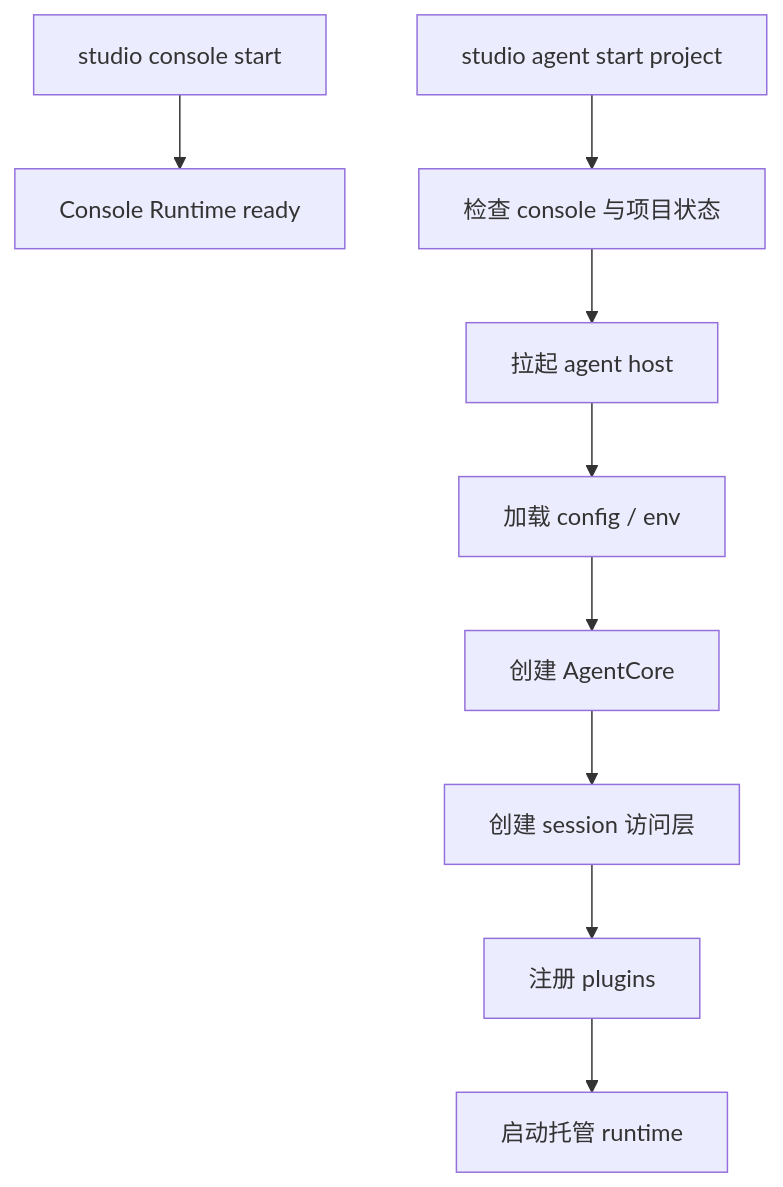
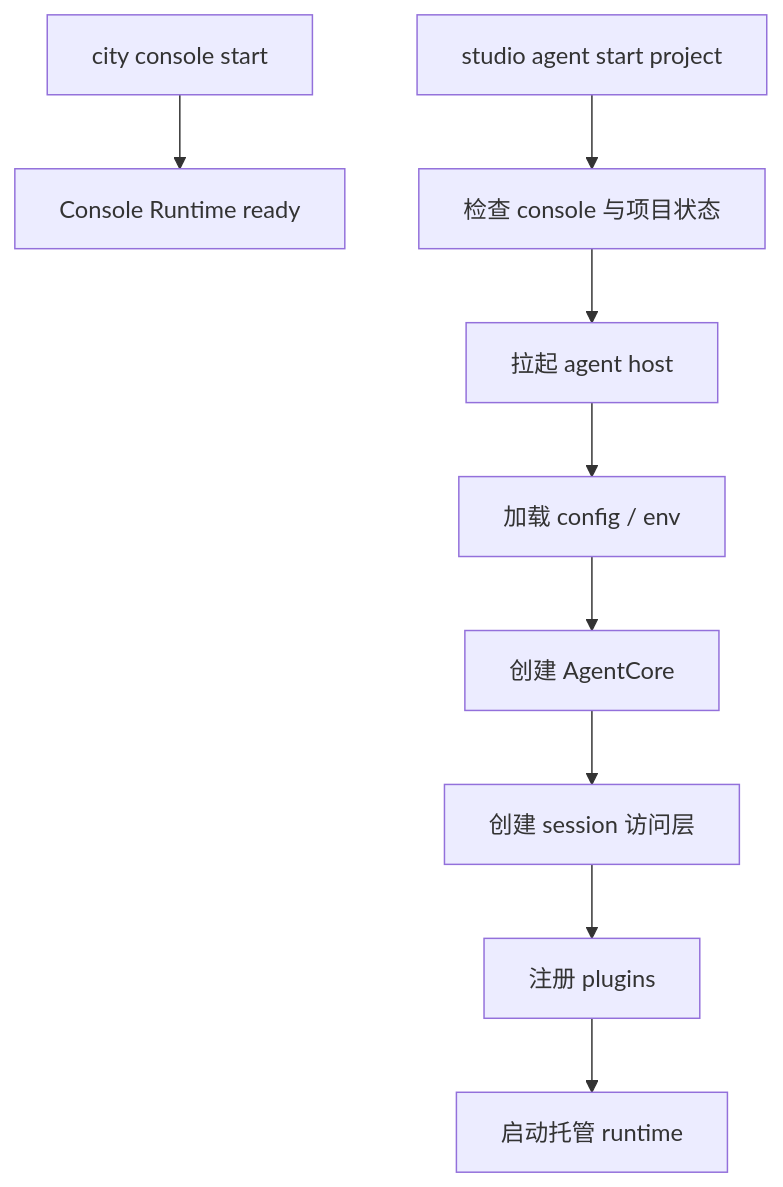
Before and after one commit to wangenius/downcity: the second of 2 diagrams in homepage/content/devdocs/zh/session/console-and-session-runtime.mdx, drawn with Mermaid. The commit also changed 364 other files, not shown here.

Commit message:
refactor(cli): split city and studio commands

````diff
--- a/homepage/content/devdocs/zh/session/console-and-session-runtime.mdx
+++ b/homepage/content/devdocs/zh/session/console-and-session-runtime.mdx
@@ -108,11 +108,11 @@
 ```mermaid
 flowchart TD
-  A["studio console start"] --> B["Console Runtime ready"]
+  A["city console start"] --> B["Console Runtime ready"]
   C["studio agent start project"] --> D["检查 console 与项目状态"]
   D --> E["拉起 agent host"]
   E --> F["加载 config / env"]
   F --> G["创建 AgentCore"]
   G --> H["创建 session 访问层"]
   H --> I["注册 plugins"]
   I --> J["启动托管 runtime"]
 ```
````
